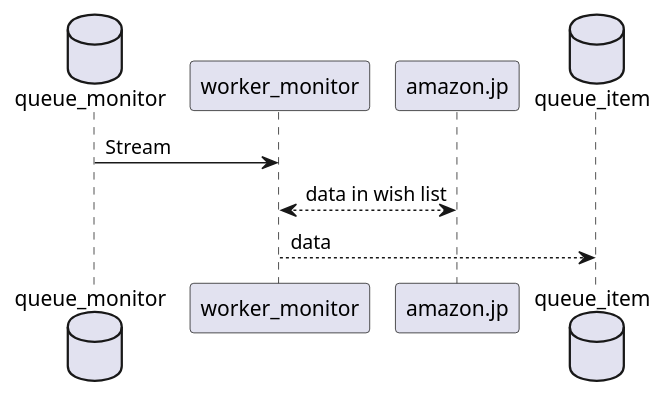
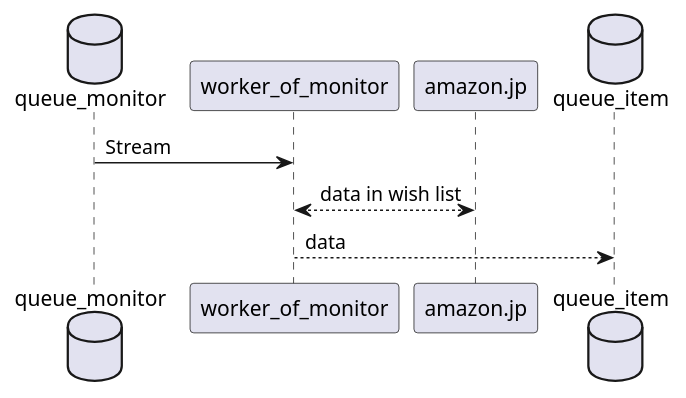
One commit to homura10059/find_sale_in_wishlist changed the second of 4 diagrams in docs/design.md. Above: the diagram before and after it, drawn with PlantUML. The commit also changed other lines of this file and 3 other files, not shown here.

````diff
--- a/docs/design.md
+++ b/docs/design.md
@@ -81,15 +81,15 @@
 ```puml
 @startuml
 
 database queue_monitor
 
-queue_monitor -> worker_monitor: Stream
+queue_monitor -> worker_of_monitor: Stream
 
-worker_monitor <--> amazon.jp: data in wish list
+worker_of_monitor <--> amazon.jp: data in wish list
 
 database queue_item
 
-worker_monitor --> queue_item: data
+worker_of_monitor --> queue_item: data
 
 @enduml
 ```
````
